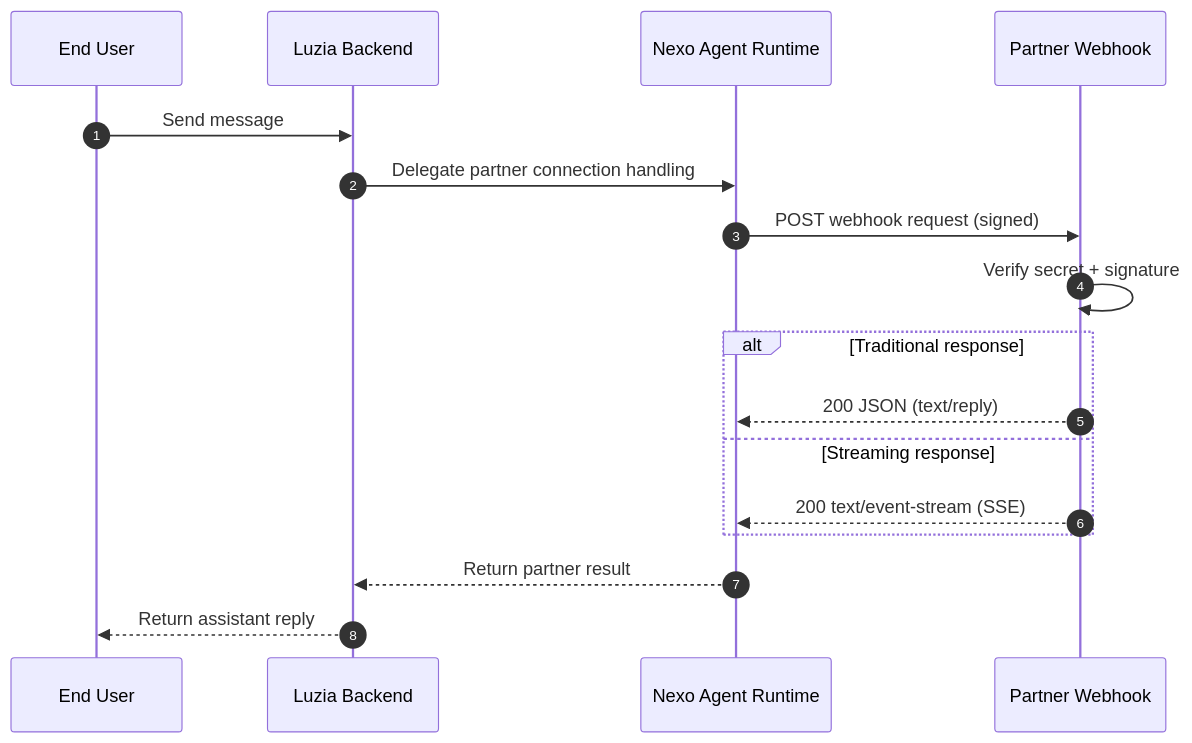
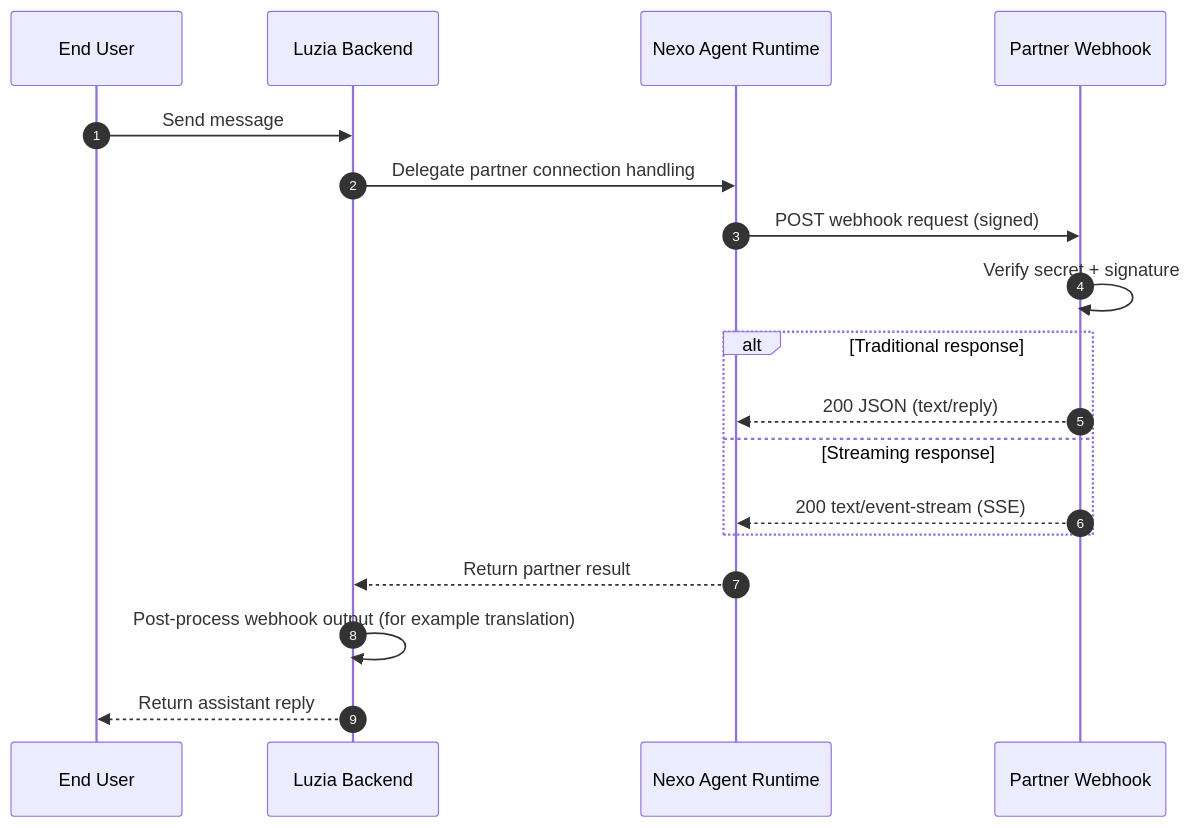
Before and after one commit to The-Wordlab/luzia-nexo-api: the diagram in README.md, drawn with Mermaid. The commit also changed 1 other file, not shown here.

Commit message:
docs: add Luzia post-processing step to integration sequence diagrams

````diff
--- a/README.md
+++ b/README.md
@@ -17,20 +17,21 @@
 ```mermaid
 sequenceDiagram
     autonumber
     participant User as End User
     participant Luzia as Luzia Backend
     participant Nexo as Nexo Agent Runtime
     participant Partner as Partner Webhook
 
     User->>Luzia: Send message
     Luzia->>Nexo: Delegate partner connection handling
     Nexo->>Partner: POST webhook request (signed)
     Partner->>Partner: Verify secret + signature
     alt Traditional response
         Partner-->>Nexo: 200 JSON (text/reply)
     else Streaming response
         Partner-->>Nexo: 200 text/event-stream (SSE)
     end
     Nexo-->>Luzia: Return partner result
+    Luzia->>Luzia: Post-process webhook output (for example translation)
     Luzia-->>User: Return assistant reply
 ```
````
